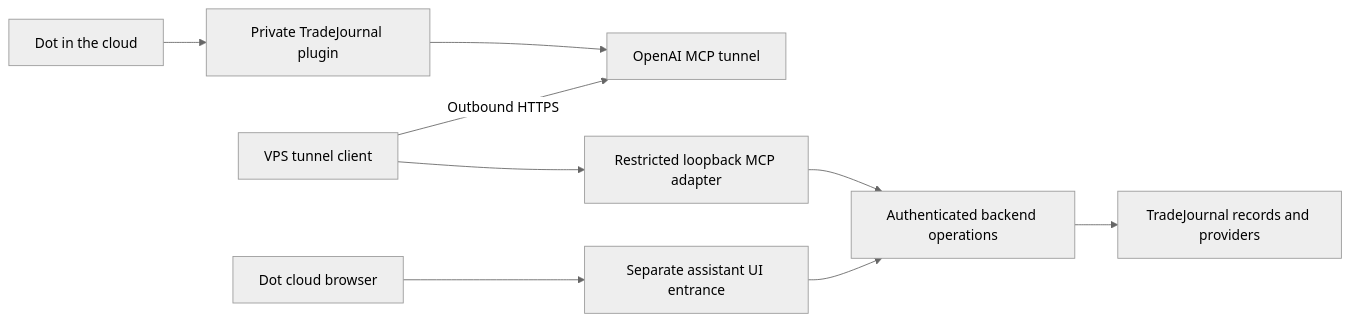
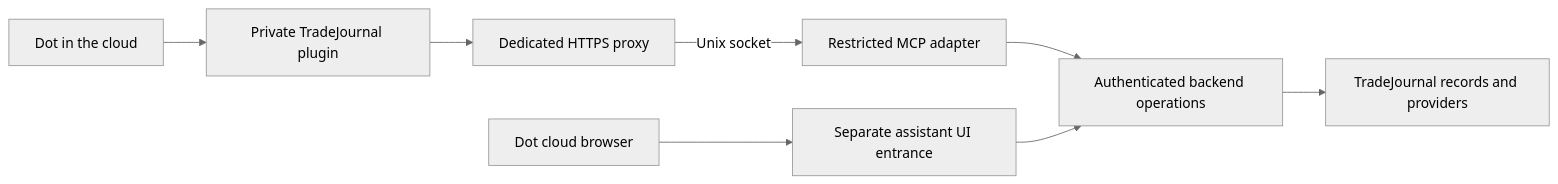
One commit to imizik/TradeJournal changed the diagram in docs/agent/cloud-mcp-integration-scope.md. Above: the diagram before and after it, drawn with Mermaid (neutral theme). The commit also changed other lines of this file and 13 other files, not shown here.

Commit message:
Add offline HTTPS MCP probe without API credentials

````diff
--- a/docs/agent/cloud-mcp-integration-scope.md
+++ b/docs/agent/cloud-mcp-integration-scope.md
@@ -25,11 +28,10 @@
 ```mermaid
 flowchart LR
     Dot[Dot in the cloud] --> Plugin[Private TradeJournal plugin]
-    Plugin --> Tunnel[OpenAI MCP tunnel]
-    Client[VPS tunnel client] -->|Outbound HTTPS| Tunnel
-    Client --> MCP[Restricted loopback MCP adapter]
+    Plugin --> Proxy[Dedicated HTTPS proxy]
+    Proxy -->|Unix socket| MCP[Restricted MCP adapter]
     MCP --> API[Authenticated backend operations]
     API --> Records[TradeJournal records and providers]
     Browser[Dot cloud browser] --> UI[Separate assistant UI entrance]
     UI --> API
 ```
````
